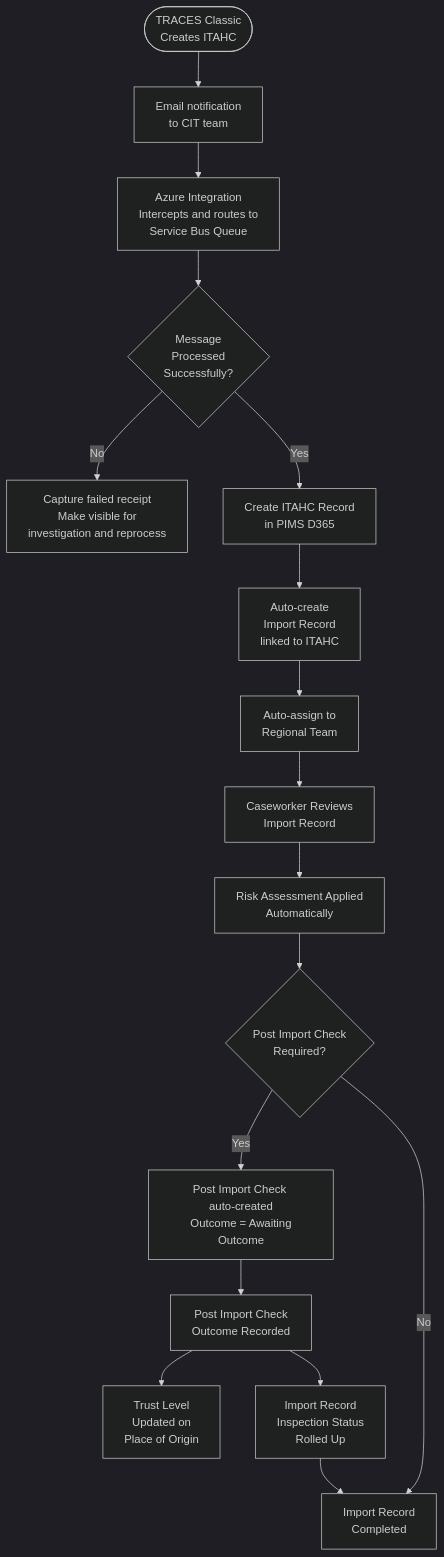
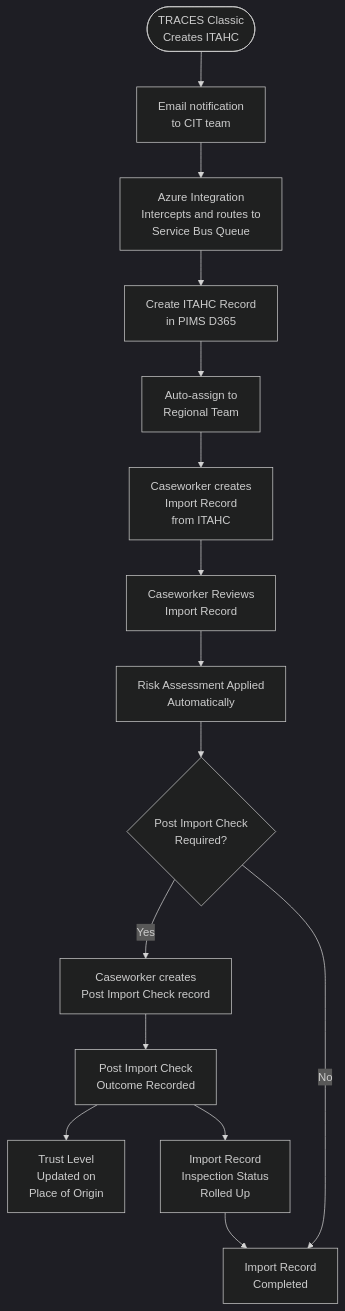
Before and after one commit to DEFRA/trade-imports-pims: the first of 7 diagrams in docs/requirements/diagrams/process-flows.md, drawn with Mermaid (dark theme). The commit also changed 39 other files, not shown here.

````diff
--- a/docs/requirements/diagrams/process-flows.md
+++ b/docs/requirements/diagrams/process-flows.md
@@ -9,19 +9,17 @@
 ```mermaid
 flowchart TD
     A([TRACES Classic <br/> Creates ITAHC]) --> B[Email notification <br/> to CIT team]
     B --> C[Azure Integration <br/> Intercepts and routes to <br/> Service Bus Queue]
-    C --> D{Message <br/> Processed <br/> Successfully?}
-    D -->|No| E[Capture failed receipt <br/> Make visible for <br/> investigation and reprocess]
-    D -->|Yes| F[Create ITAHC Record <br/> in PIMS D365]
-    F --> G[Auto-create <br/> Import Record <br/> linked to ITAHC]
-    G --> H[Auto-assign to <br/> Regional Team]
-    H --> I[Caseworker Reviews <br/> Import Record]
+    C --> F[Create ITAHC Record <br/> in PIMS D365]
+    F --> H[Auto-assign to <br/> Regional Team]
+    H --> G[Caseworker creates <br/> Import Record <br/> from ITAHC]
+    G --> I[Caseworker Reviews <br/> Import Record]
     I --> J[Risk Assessment Applied <br/> Automatically]
     J --> K{Post Import Check <br/> Required?}
-    K -->|Yes| L[Post Import Check <br/> auto-created <br/> Outcome = Awaiting Outcome]
+    K -->|Yes| L[Caseworker creates <br/> Post Import Check record]
     K -->|No| M[Import Record <br/> Completed]
     L --> N[Post Import Check <br/> Outcome Recorded]
     N --> O[Trust Level <br/> Updated on <br/> Place of Origin]
     N --> P[Import Record <br/> Inspection Status <br/> Rolled Up]
     P --> M
 ```
````
